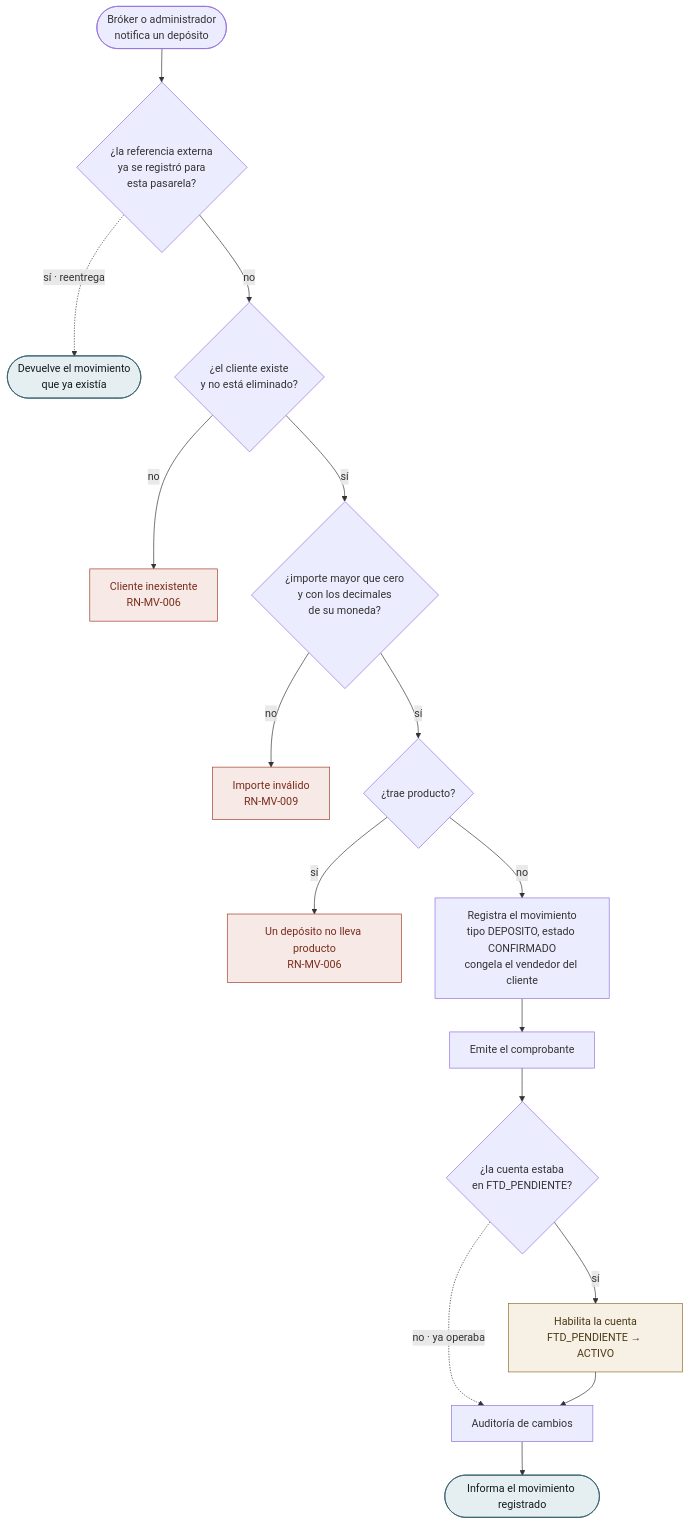
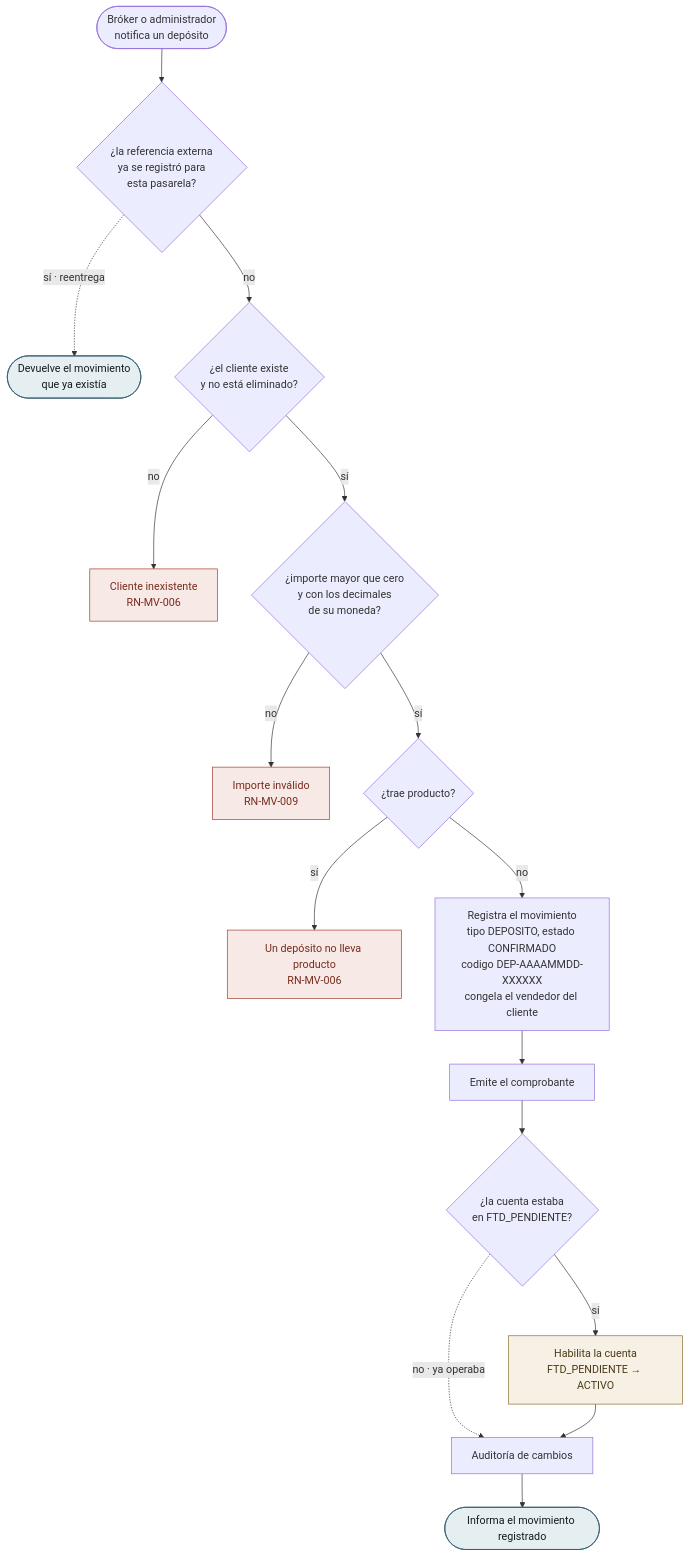
One commit to NexusPro-Dev/backend changed the first of 11 diagrams in docs/flujos/mv/flujos-por-caso.md. Above: the diagram before and after it, drawn with Mermaid. The commit also changed other lines of this file and 2 other files, not shown here.

First line of the commit message:
docs(mv): el tipo pasa a catalogo, y con el los dos codigos del movimiento

````diff
--- a/docs/flujos/mv/flujos-por-caso.md
+++ b/docs/flujos/mv/flujos-por-caso.md
@@ -37,26 +37,26 @@
 ```mermaid
 flowchart TD
     A(["Bróker o administrador<br/>notifica un depósito"])
     A --> V1{"¿la referencia externa<br/>ya se registró para<br/>esta pasarela?"}
     V1 -.->|"sí · reentrega"| FIN2(["Devuelve el movimiento<br/>que ya existía"])
     V1 -->|no| V2{"¿el cliente existe<br/>y no está eliminado?"}
     V2 -->|no| E1["Cliente inexistente<br/>RN-MV-006"]
     V2 -->|sí| V3{"¿importe mayor que cero<br/>y con los decimales<br/>de su moneda?"}
     V3 -->|no| E2["Importe inválido<br/>RN-MV-009"]
     V3 -->|sí| V4{"¿trae producto?"}
     V4 -->|sí| E3["Un depósito no lleva producto<br/>RN-MV-006"]
-    V4 -->|no| P1["Registra el movimiento<br/>tipo DEPOSITO, estado CONFIRMADO<br/>congela el vendedor del cliente"]
+    V4 -->|no| P1["Registra el movimiento<br/>tipo DEPOSITO, estado CONFIRMADO<br/>codigo DEP-AAAAMMDD-XXXXXX<br/>congela el vendedor del cliente"]
     P1 --> P2["Emite el comprobante"]
     P2 --> V5{"¿la cuenta estaba<br/>en FTD_PENDIENTE?"}
     V5 -.->|"no · ya operaba"| P4
     V5 -->|sí| P3["Habilita la cuenta<br/>FTD_PENDIENTE → ACTIVO"]
     P3 --> P4["Auditoría de cambios"]
     P4 --> FIN(["Informa el movimiento registrado"])
 
     classDef ex fill:#F7E9E5,stroke:#A33B2A,color:#7A2B1E
     classDef ok fill:#E5EEF0,stroke:#2D5A6B,color:#141B1E
     classDef esc fill:#F7F0E5,stroke:#8A6D2A,color:#4A3A16
     class E1,E2,E3 ex
     class FIN,FIN2 ok
     class P3 esc
 ```
````
